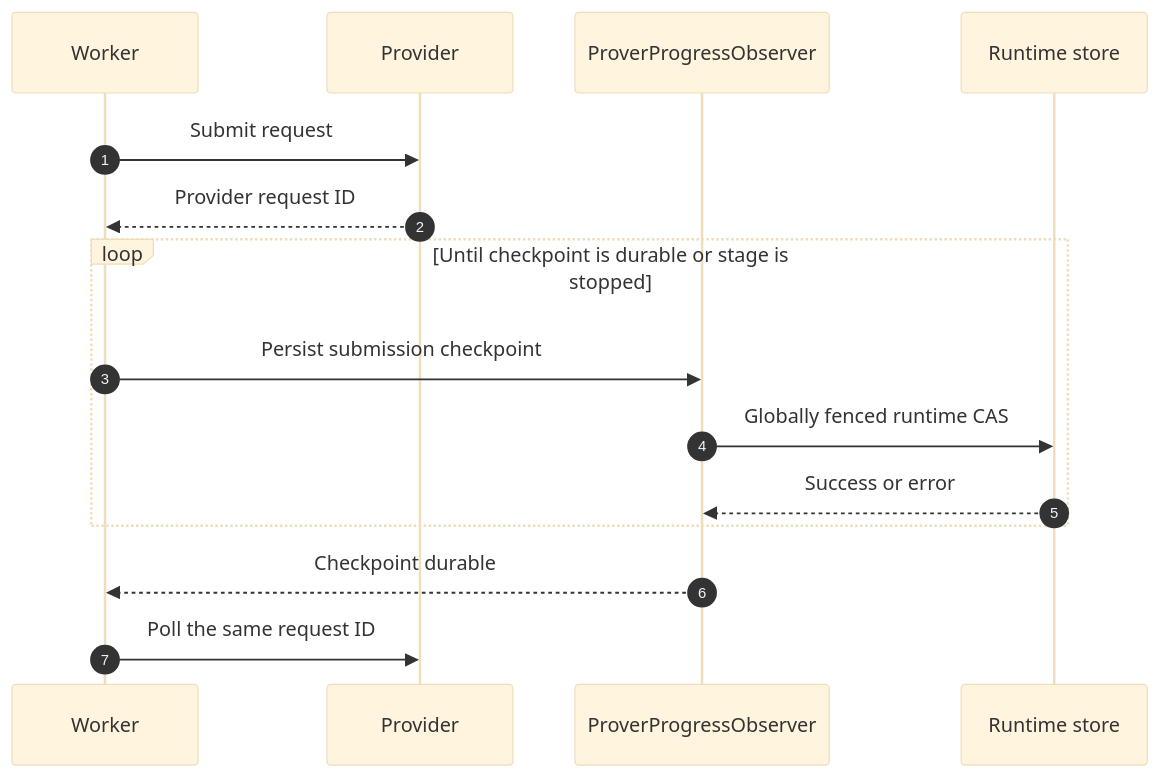
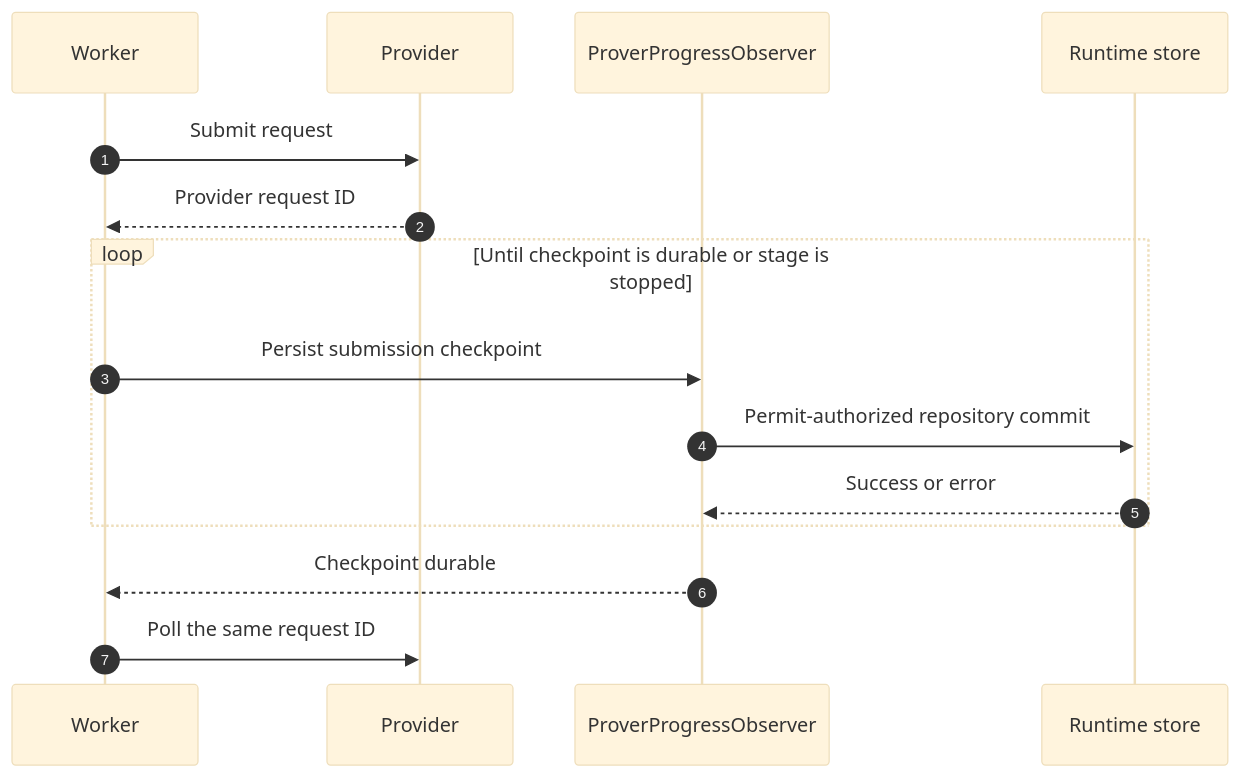
Before and after one commit to taikoxyz/raiko2: diagram 11 of 13 in docs/architecture.md, drawn with Mermaid (base theme). The commit also changed other lines of this file and 37 other files, not shown here.

````diff
--- a/docs/architecture.md
+++ b/docs/architecture.md
@@ -393,18 +509,18 @@
 ```mermaid
 sequenceDiagram
   autonumber
   participant Worker
   participant Provider
   participant Observer as ProverProgressObserver
   participant Runtime as Runtime store
 
   Worker->>Provider: Submit request
   Provider-->>Worker: Provider request ID
   loop Until checkpoint is durable or stage is stopped
     Worker->>Observer: Persist submission checkpoint
-    Observer->>Runtime: Globally fenced runtime CAS
+    Observer->>Runtime: Permit-authorized repository commit
     Runtime-->>Observer: Success or error
   end
   Observer-->>Worker: Checkpoint durable
   Worker->>Provider: Poll the same request ID
 ```
````
